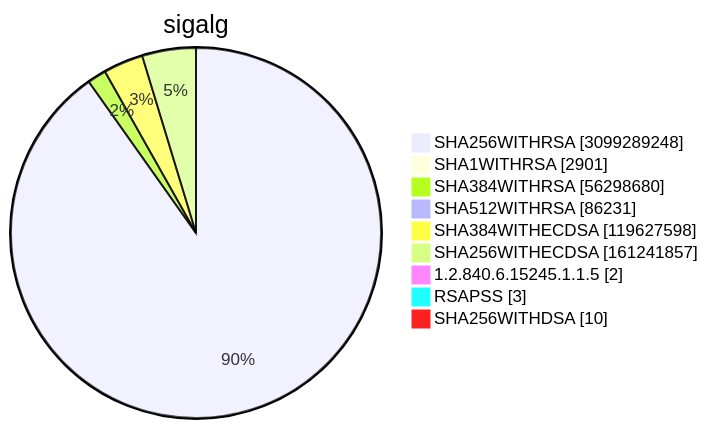
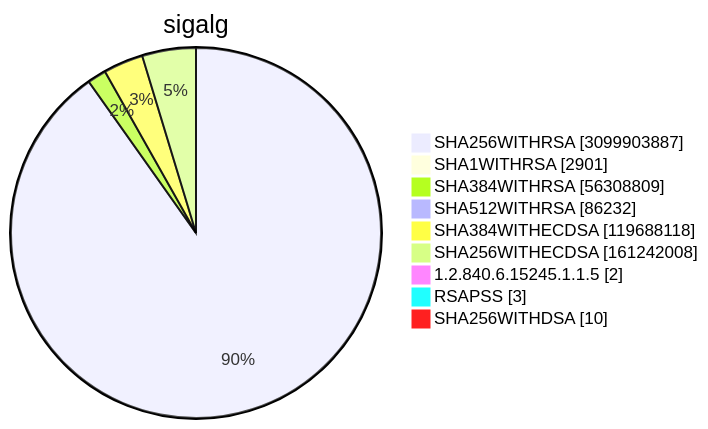
Diagram 15 of 15 in TOTAL/README.md (christiankrug/ctmonitor_visualization), drawn with Mermaid before and after one commit. The commit also changed other lines of this file, not shown here.

````diff
--- a/TOTAL/README.md
+++ b/TOTAL/README.md
@@ -6212,13 +6212,13 @@
 ```mermaid
 pie showData
 title sigalg
-"SHA256WITHRSA" :3099289248
+"SHA256WITHRSA" :3099903887
 "SHA1WITHRSA" :2901
-"SHA384WITHRSA" :56298680
-"SHA512WITHRSA" :86231
-"SHA384WITHECDSA" :119627598
-"SHA256WITHECDSA" :161241857
+"SHA384WITHRSA" :56308809
+"SHA512WITHRSA" :86232
+"SHA384WITHECDSA" :119688118
+"SHA256WITHECDSA" :161242008
 "1.2.840.6.15245.1.1.5" :2
 "RSAPSS" :3
 "SHA256WITHDSA" :10
 ```
````
